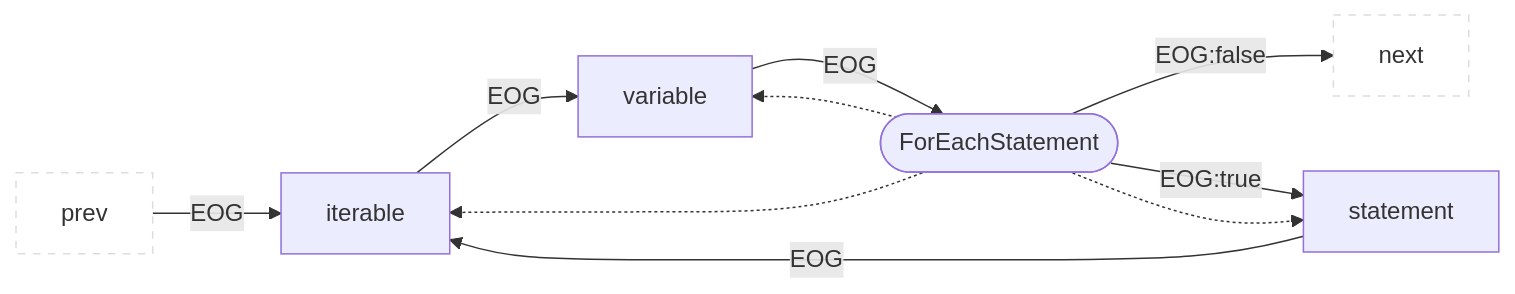
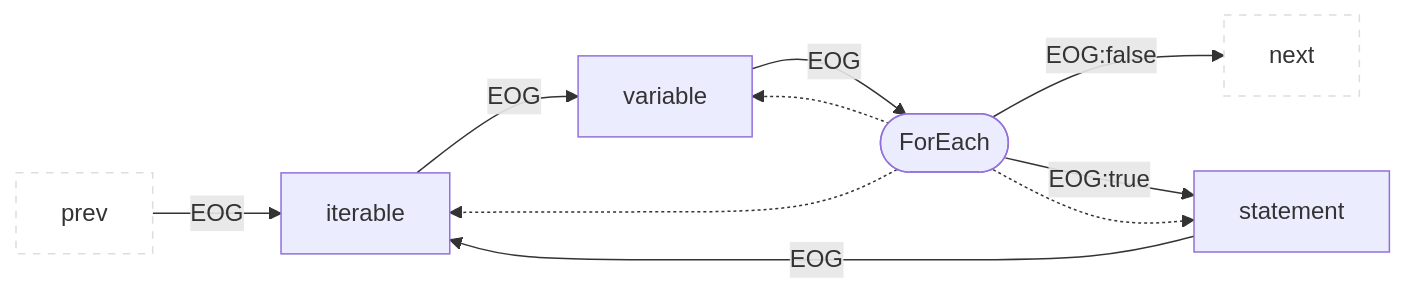
Before and after one commit to Fraunhofer-AISEC/cpg: diagram 37 of 49 in docs/docs/CPG/specs/eog.md, drawn with Mermaid. The commit also changed other lines of this file and 99 other files, not shown here.

````diff
--- a/docs/docs/CPG/specs/eog.md
+++ b/docs/docs/CPG/specs/eog.md
@@ -731,13 +731,13 @@
 ```mermaid
 flowchart LR
   classDef outer fill:#fff,stroke:#ddd,stroke-dasharray:5 5;
   prev:::outer --EOG--> child1["iterable"]
   child1 --EOG--> child2["variable"]
   child2 --EOG--> parent
   parent --EOG:false--> next:::outer
-  parent(["ForEachStatement"]) --EOG:true--> child3["statement"]
+  parent(["ForEach"]) --EOG:true--> child3["statement"]
   child3 --EOG--> child1
   parent -.-> child2
   parent -.-> child1
   parent -.-> child3
 ```
````
